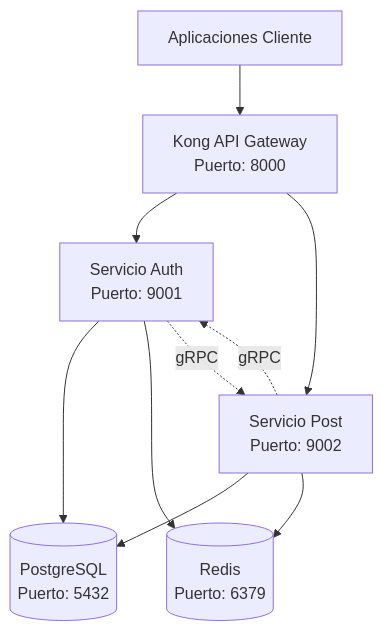
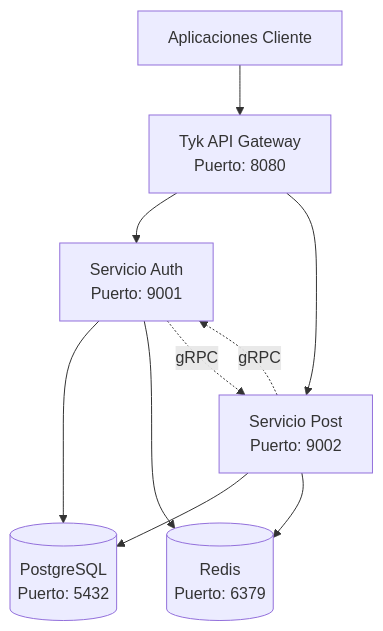
Before and after one commit to bleidertcs/ecommerce-microservices: the first of 2 diagrams in README.md, drawn with Mermaid. The commit also changed other lines of this file and 17 other files, not shown here.

Commit message:
feat: Migrate from Kong to Tyk API Gateway, update configurations, and add health check endpoints for Auth and Post services

````diff
--- a/README.md
+++ b/README.md
@@ -33,12 +33,12 @@
 ```mermaid
 graph TB
-    Client[Aplicaciones Cliente] --> Kong[Kong API Gateway<br/>Puerto: 8000]
-    Kong --> Auth[Servicio Auth<br/>Puerto: 9001]
-    Kong --> Post[Servicio Post<br/>Puerto: 9002]
+    Client[Aplicaciones Cliente] --> Tyk[Tyk API Gateway<br/>Puerto: 8080]
+    Tyk --> Auth[Servicio Auth<br/>Puerto: 9001]
+    Tyk --> Post[Servicio Post<br/>Puerto: 9002]
     Auth --> PostgreSQL[(PostgreSQL<br/>Puerto: 5432)]
     Post --> PostgreSQL
     Auth --> Redis[(Redis<br/>Puerto: 6379)]
     Post --> Redis
     Auth -.->|gRPC| Post
     Post -.->|gRPC| Auth
 ```
````
